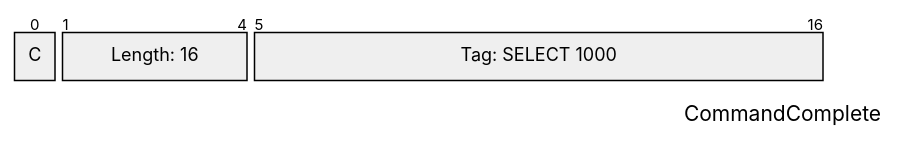
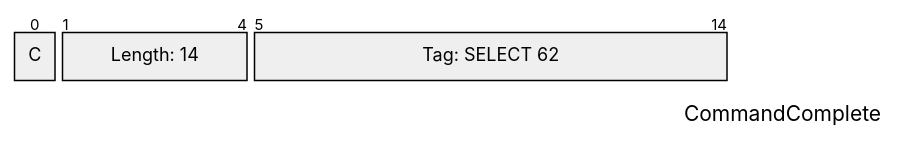
The tenth of 11 diagrams in docs/examples/exports/pagila-07-execute-with-maxrows-0-portalsuspended/capture.mermaid.pkt.md (xfischer/pg_protoexport), drawn with Mermaid before and after one commit. The commit also changed other lines of this file and 135 other files, not shown here.

````diff
--- a/docs/examples/exports/pagila-07-execute-with-maxrows-0-portalsuspended/capture.mermaid.pkt.md
+++ b/docs/examples/exports/pagila-07-execute-with-maxrows-0-portalsuspended/capture.mermaid.pkt.md
@@ -228,12 +165,12 @@
 ```mermaid
 ---
 title: "CommandComplete"
 config:
   packet:
     bitsPerRow: 32
 ---
 packet
     +1: "C"
-    +4: "Length: 16"
-    +12: "Tag: SELECT 1000"
+    +4: "Length: 14"
+    +10: "Tag: SELECT 62"
 ```
````
